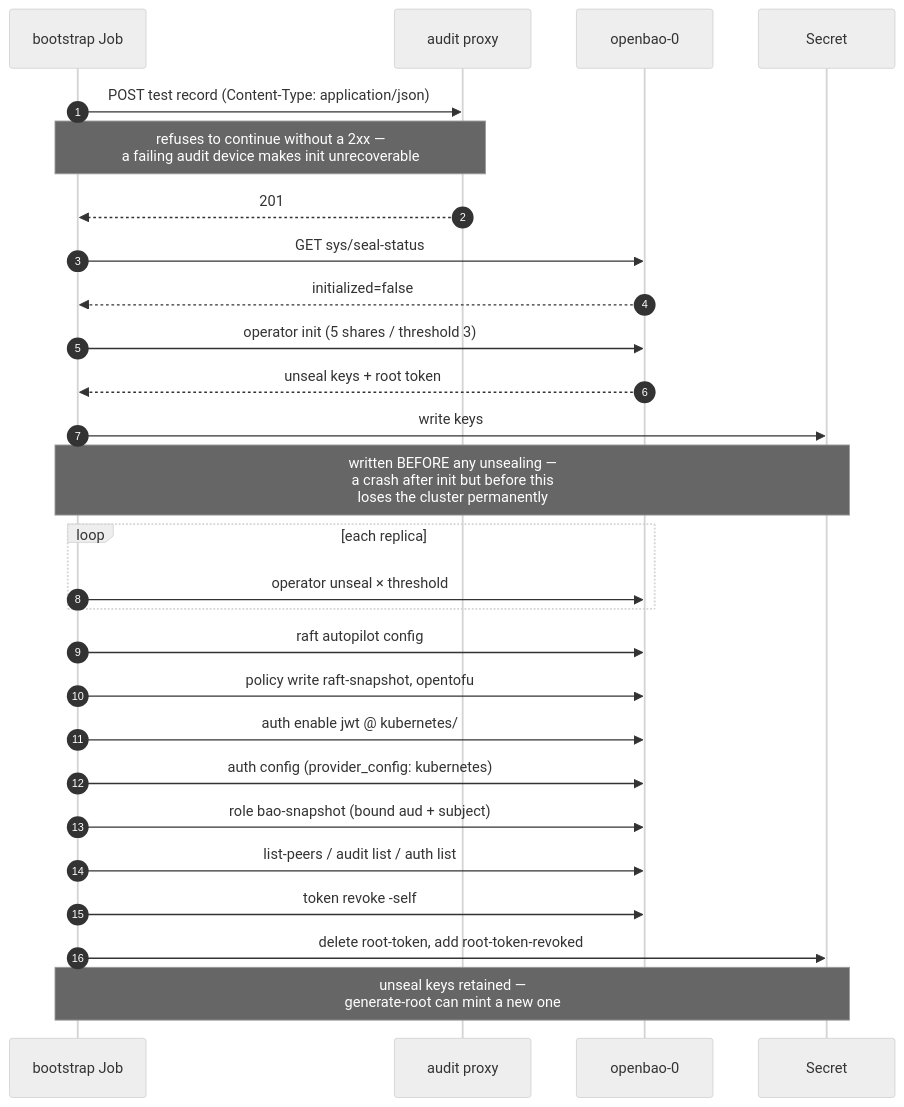
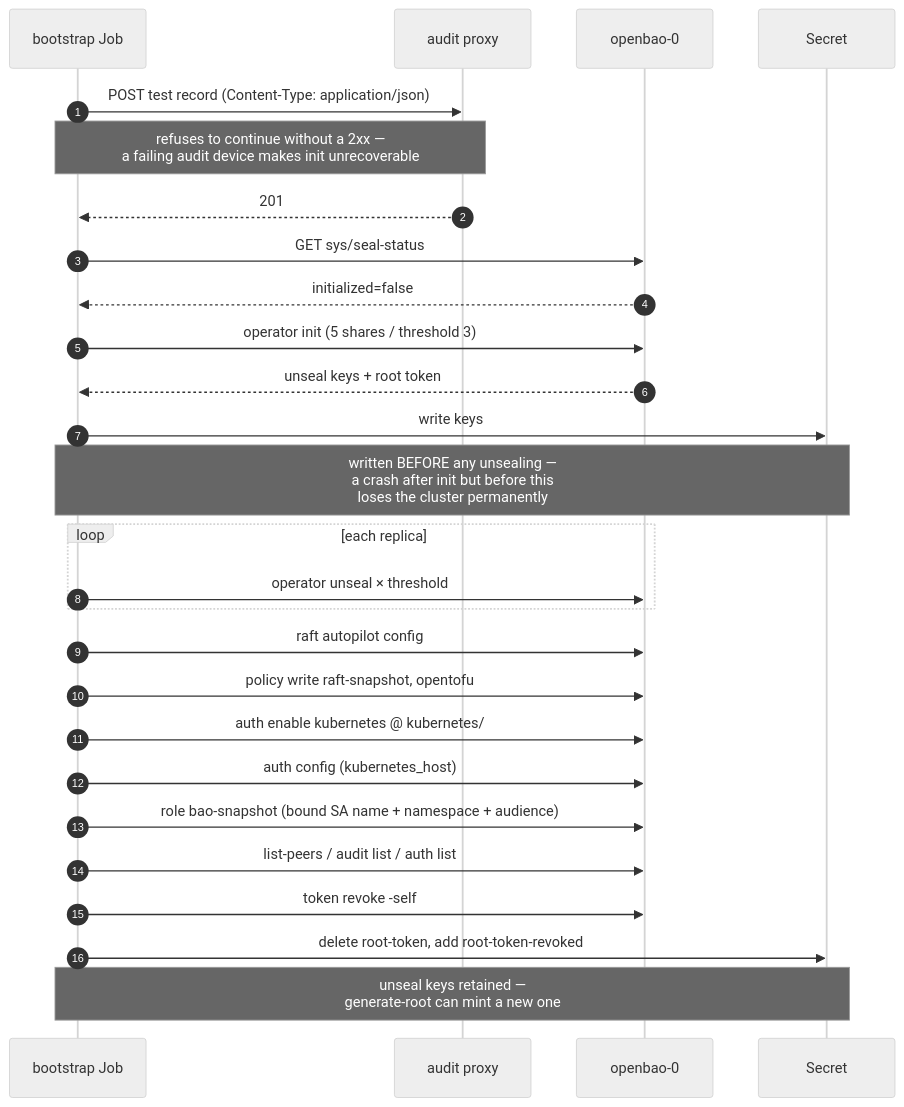
One commit to datahattrick/openbao-chart changed the third of 4 diagrams in docs/ARCHITECTURE.md. Above: the diagram before and after it, drawn with Mermaid (neutral theme). The commit also changed 1 other file, not shown here.

Commit message:
Update the airgap and architecture docs for the new auth mount
Two diagrams still described the JWT method. The airgap egress table listed the
API server hop as OIDC discovery derived from env, when it is now a TokenReview
on every login — same destination, but a per-login dependency rather than a
per-bootstrap one, which is the part that matters when reasoning about what
breaks if the API server is unreachable.

Claude-Session: https://claude.ai/code/session_01ERbqjd3XRGuZiX7EjisoTB

````diff
--- a/docs/ARCHITECTURE.md
+++ b/docs/ARCHITECTURE.md
@@ -152,35 +152,35 @@
 ```mermaid
 sequenceDiagram
     autonumber
     participant J as bootstrap Job
     participant P as audit proxy
     participant B as openbao-0
     participant K as Secret
 
     J->>P: POST test record (Content-Type: application/json)
     Note over J,P: refuses to continue without a 2xx —<br/>a failing audit device makes init unrecoverable
     P-->>J: 201
 
     J->>B: GET sys/seal-status
     B-->>J: initialized=false
 
     J->>B: operator init (5 shares / threshold 3)
     B-->>J: unseal keys + root token
     J->>K: write keys
     Note over J,K: written BEFORE any unsealing —<br/>a crash after init but before this<br/>loses the cluster permanently
 
     loop each replica
         J->>B: operator unseal × threshold
     end
 
     J->>B: raft autopilot config
     J->>B: policy write raft-snapshot, opentofu
-    J->>B: auth enable jwt @ kubernetes/
-    J->>B: auth config (provider_config: kubernetes)
-    J->>B: role bao-snapshot (bound aud + subject)
+    J->>B: auth enable kubernetes @ kubernetes/
+    J->>B: auth config (kubernetes_host)
+    J->>B: role bao-snapshot (bound SA name + namespace + audience)
     J->>B: list-peers / audit list / auth list
 
     J->>B: token revoke -self
     J->>K: delete root-token, add root-token-revoked
     Note over J,K: unseal keys retained —<br/>generate-root can mint a new one
 ```
````
